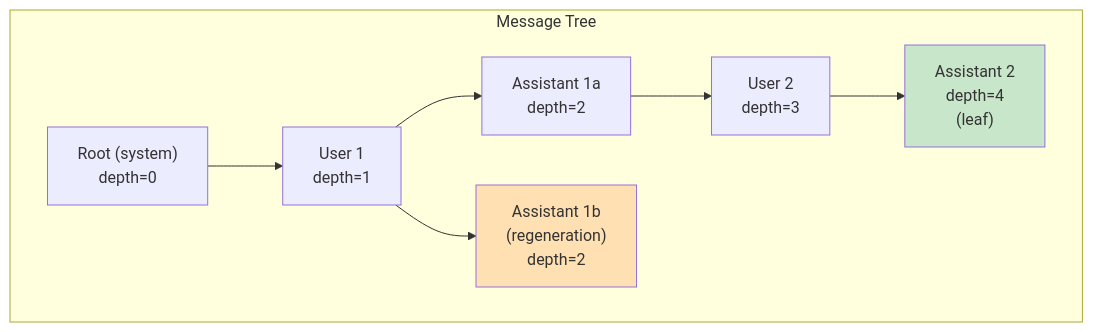
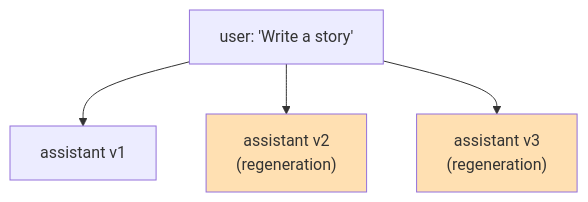
Before and after one commit to dmarx/chat2obs: the third of 3 diagrams in docs/builders.md, drawn with Mermaid. The commit also changed other lines of this file and 7 other files, not shown here.

````diff
--- a/docs/builders.md
+++ b/docs/builders.md
@@ -65,20 +85,9 @@
 ```mermaid
-flowchart TD
-    subgraph Tree["Message Tree"]
-        Root["Root (system)<br/>depth=0"]
-        U1["User 1<br/>depth=1"]
-        A1a["Assistant 1a<br/>depth=2"]
-        A1b["Assistant 1b<br/>(regeneration)<br/>depth=2"]
-        U2["User 2<br/>depth=3"]
-        A2["Assistant 2<br/>depth=4<br/>(leaf)"]
-    end
+flowchart TB
+    User["user: 'Write a story'"] --> Asst1["assistant v1"]
+    User --> Asst2["assistant v2<br/>(regeneration)"]
+    User --> Asst3["assistant v3<br/>(regeneration)"]
     
-    Root --> U1
-    U1 --> A1a
-    U1 --> A1b
-    A1a --> U2
-    U2 --> A2
-    
-    style A1b fill:#ffe0b2
-    style A2 fill:#c8e6c9
+    style Asst2 fill:#ffe0b2
+    style Asst3 fill:#ffe0b2
 ```
````
